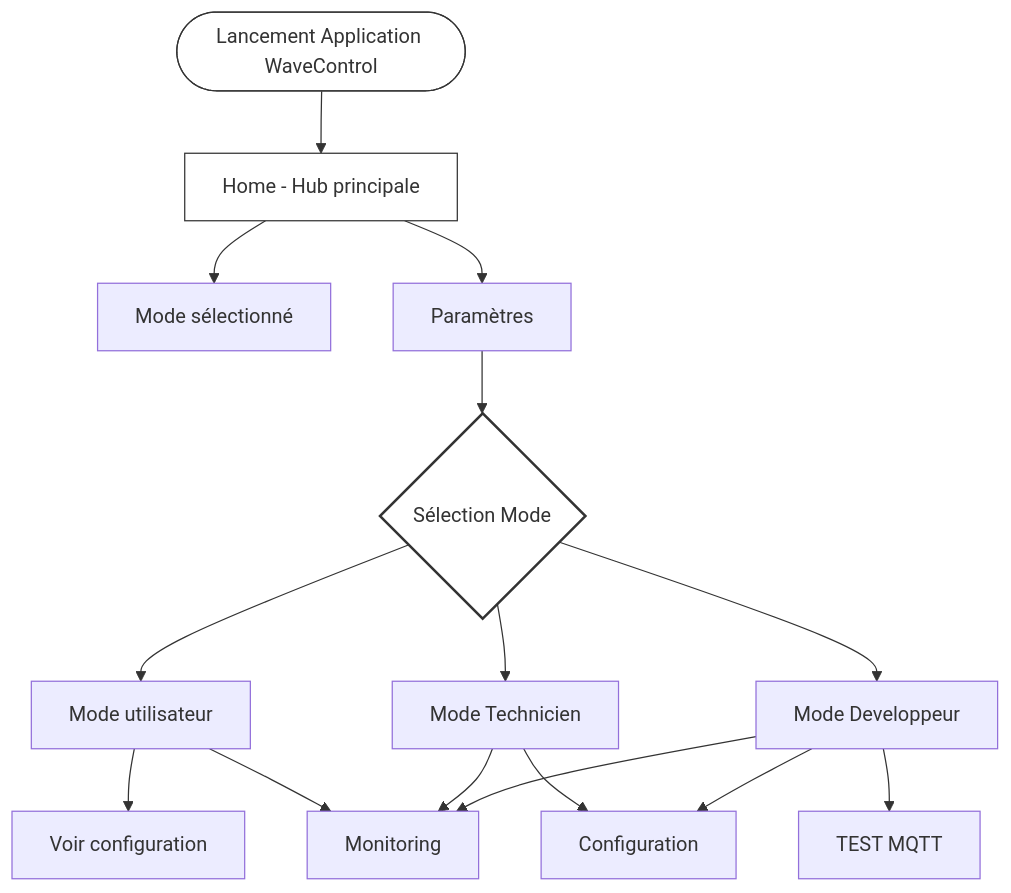
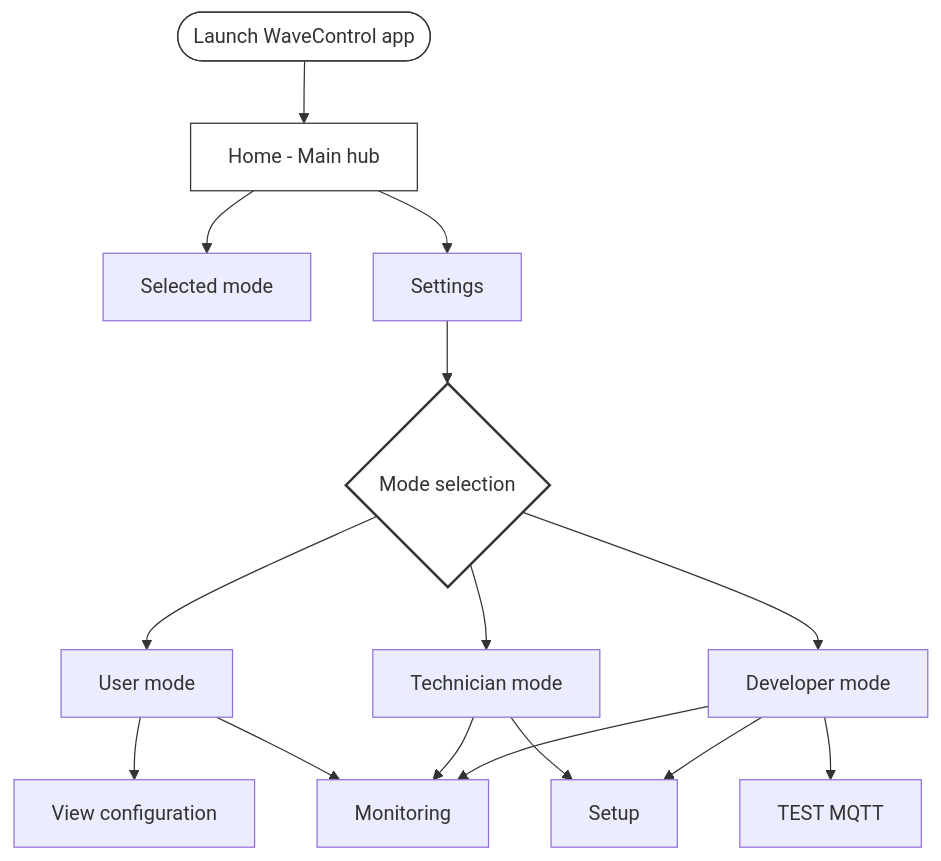
Before and after one commit to Kacper264/WaveControl-Mobile_App: the second of 8 diagrams in LOGIGRAMMES_MERMAID.md, drawn with Mermaid. The commit also changed other lines of this file and 41 other files, not shown here.

````diff
--- a/LOGIGRAMMES_MERMAID.md
+++ b/LOGIGRAMMES_MERMAID.md
@@ -58,35 +58,35 @@
 ```mermaid
 graph TD
-    %% Nœud de départ
-    Start([Lancement Application WaveControl]) --> Home[Home - Hub principale]
+  %% Start node
+  Start([Launch WaveControl app]) --> Home[Home - Main hub]
 
-    %% Navigation supérieure
-    Home --> ModeSel[Mode sélectionné]
-    Home --> Params[Paramètres]
+  %% Top navigation
+  Home --> ModeSel[Selected mode]
+  Home --> Params[Settings]
 
-    %% Logique de sélection
-    Params --> Choice{Sélection Mode}
+  %% Selection logic
+  Params --> Choice{Mode selection}
 
-    %% Branches des modes
-    Choice --> User[Mode utilisateur]
-    Choice --> Tech[Mode Technicien]
-    Choice --> Dev[Mode Developpeur]
+  %% Mode branches
+  Choice --> User[User mode]
+  Choice --> Tech[Technician mode]
+  Choice --> Dev[Developer mode]
 
-    %% Actions Mode Utilisateur
-    User --> ViewConfig[Voir configuration]
+  %% User mode actions
+  User --> ViewConfig[View configuration]
     User --> Monitor[Monitoring]
 
-    %% Actions Mode Technicien
+  %% Technician mode actions
     Tech --> Monitor
-    Tech --> Config[Configuration]
+  Tech --> Config[Setup]
 
-    %% Actions Mode Développeur
+  %% Developer mode actions
     Dev --> Config
     Dev --> Test[TEST MQTT]
     Dev --> Monitor
 
-    %% Style (Optionnel pour correspondre à l'image)
+  %% Style (Optional to match the image)
     style Choice fill:#fff,stroke:#333,stroke-width:2px
     style Start fill:#fff,stroke:#333,stroke-width:1px
     style Home fill:#fff,stroke:#333,stroke-width:1px
 ```
````
